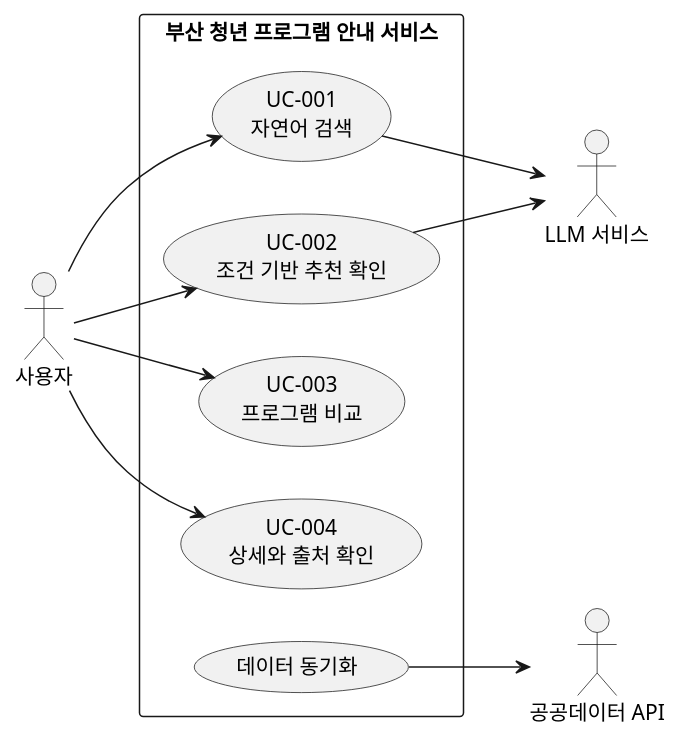
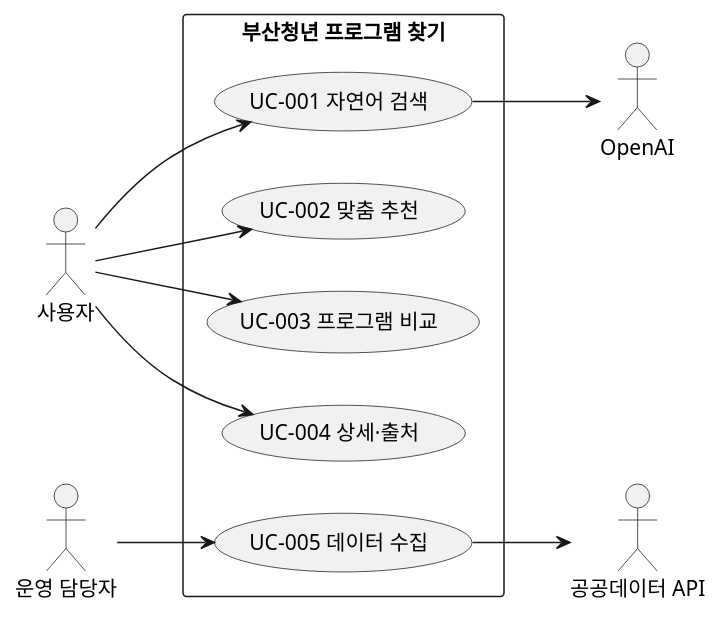
The diagram in docs/use-cases.md (minsk02/busan-youth-guide), drawn with PlantUML before and after one commit. The commit also changed other lines of this file and 33 other files, not shown here.

Commit message:
feat: 청년 프로그램 검색 추천 비교 서비스 구현

````diff
--- a/docs/use-cases.md
+++ b/docs/use-cases.md
@@ -24,22 +75,23 @@
 ```plantuml
 @startuml
 left to right direction
-actor "사용자" as User
-actor "LLM 서비스" as LLM
-actor "공공데이터 API" as PublicAPI
-rectangle "부산 청년 프로그램 안내 서비스" {
-  usecase "UC-001\n자연어 검색" as Search
-  usecase "UC-002\n조건 기반 추천 확인" as Recommend
-  usecase "UC-003\n프로그램 비교" as Compare
-  usecase "UC-004\n상세와 출처 확인" as Detail
-  usecase "데이터 동기화" as Sync
+actor 사용자 as User
+actor "운영 담당자" as Operator
+actor OpenAI as AI
+actor "공공데이터 API" as Data
+rectangle "부산청년 프로그램 찾기" {
+  usecase "UC-001 자연어 검색" as Search
+  usecase "UC-002 맞춤 추천" as Recommend
+  usecase "UC-003 프로그램 비교" as Compare
+  usecase "UC-004 상세·출처" as Detail
+  usecase "UC-005 데이터 수집" as Sync
 }
 User --> Search
 User --> Recommend
 User --> Compare
 User --> Detail
-Search --> LLM
-Recommend --> LLM
-Sync --> PublicAPI
+Operator --> Sync
+Search --> AI
+Sync --> Data
 @enduml
 ```
````
